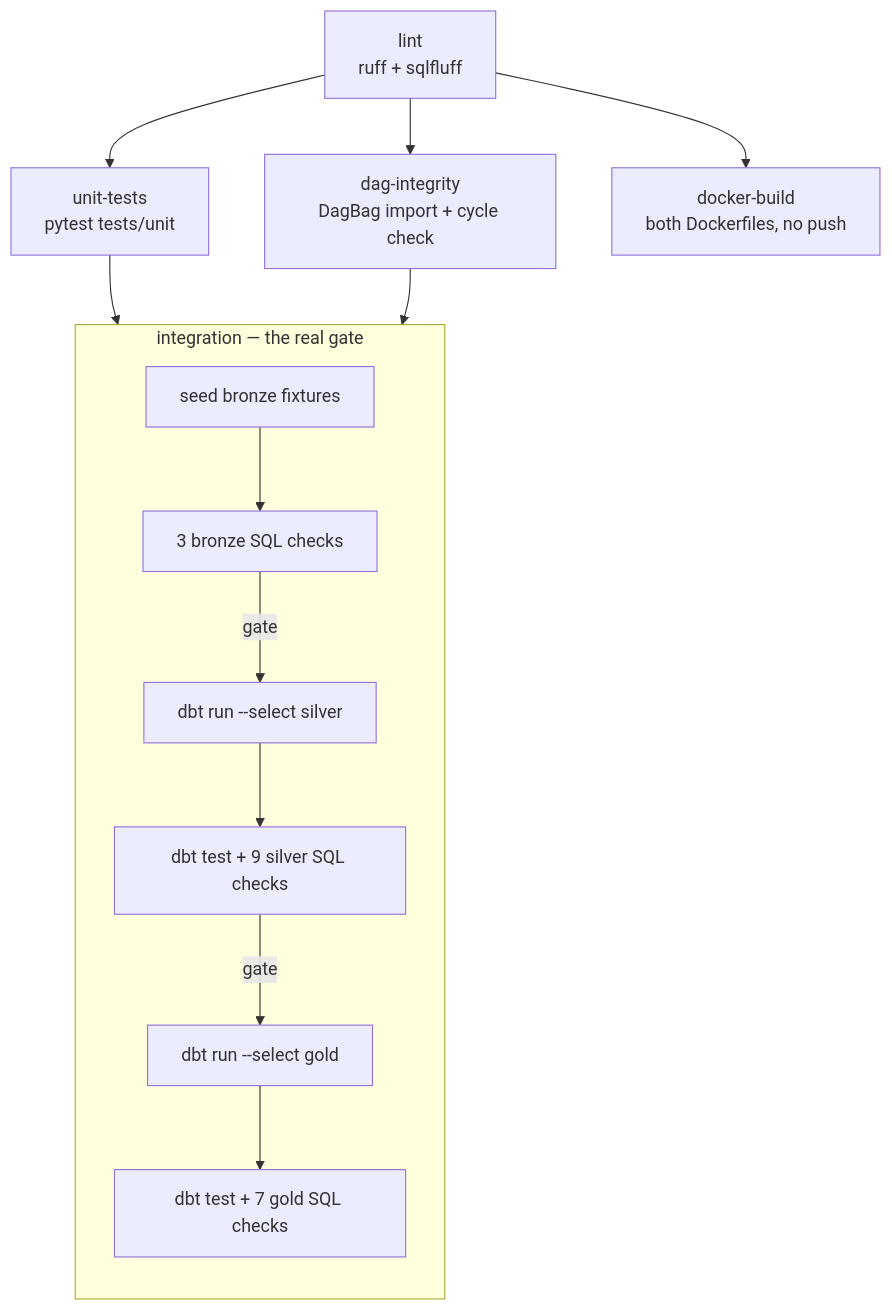
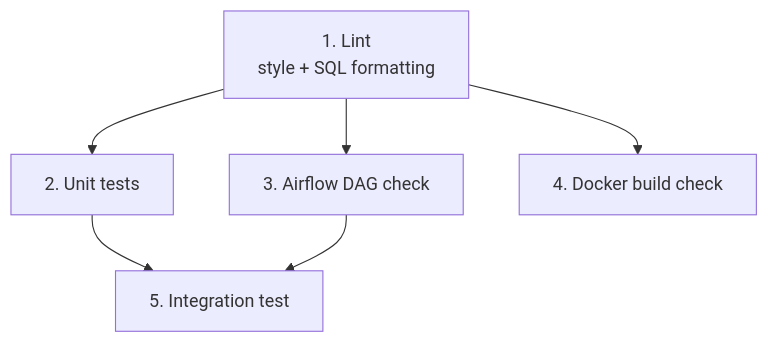
One commit to Nitinx12/Walmart_DBT changed the second of 4 diagrams in docs/CI_CD.md. Above: the diagram before and after it, drawn with Mermaid. The commit also changed other lines of this file, not shown here.

````diff
--- a/docs/CI_CD.md
+++ b/docs/CI_CD.md
@@ -11,18 +29,9 @@
 ```mermaid
 flowchart TD
-    LINT["lint<br/>ruff + sqlfluff"]
-    LINT --> UNIT["unit-tests<br/>pytest tests/unit"]
-    LINT --> DAG["dag-integrity<br/>DagBag import + cycle check"]
-    LINT --> BUILD["docker-build<br/>both Dockerfiles, no push"]
-    UNIT --> INT["integration<br/>live Postgres 16 service"]
+    LINT["1. Lint<br/>style + SQL formatting"]
+    LINT --> UNIT["2. Unit tests"]
+    LINT --> DAG["3. Airflow DAG check"]
+    LINT --> BUILD["4. Docker build check"]
+    UNIT --> INT["5. Integration test"]
     DAG --> INT
-
-    subgraph INT["integration — the real gate"]
-        direction TB
-        B["seed bronze fixtures"] --> BT["3 bronze SQL checks"]
-        BT -->|gate| SM["dbt run --select silver"]
-        SM --> ST["dbt test + 9 silver SQL checks"]
-        ST -->|gate| GM["dbt run --select gold"]
-        GM --> GT["dbt test + 7 gold SQL checks"]
-    end
 ```
````
